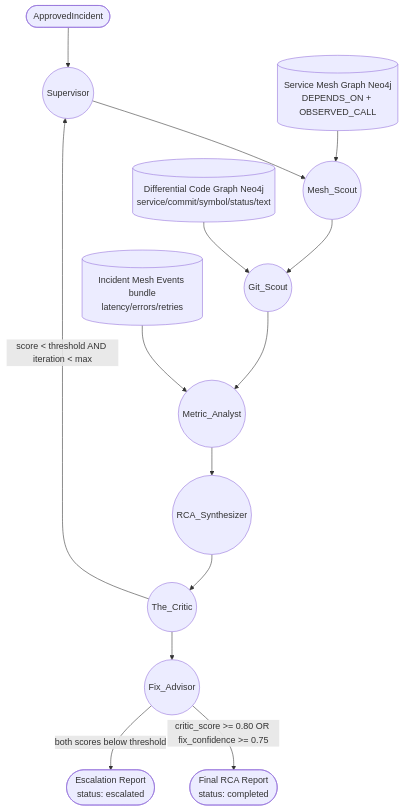
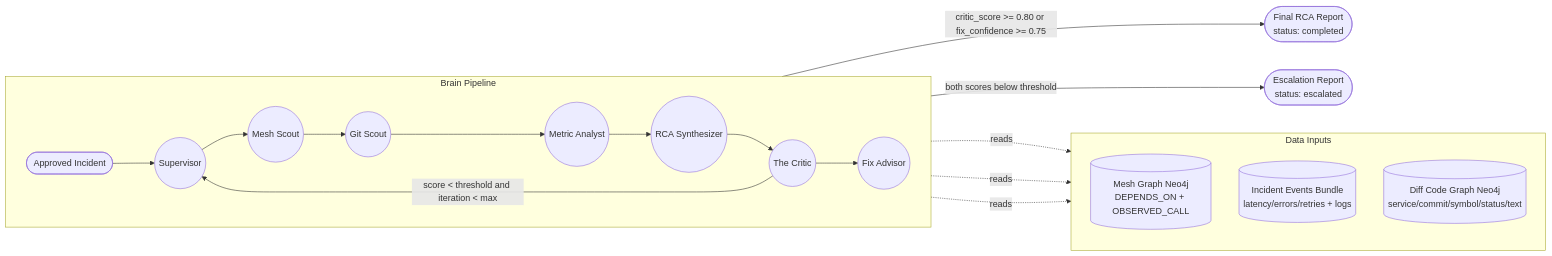
Before and after one commit to irinasmt/RootCauseAnalysisSystem: the diagram in docs/brain/BRAIN.md, drawn with Mermaid. The commit also changed other lines of this file and 8 other files, not shown here.

````diff
--- a/docs/brain/BRAIN.md
+++ b/docs/brain/BRAIN.md
@@ -36,19 +36,28 @@
 ```mermaid
-flowchart TD
-    I([ApprovedIncident]) --> S((Supervisor))
+flowchart LR
+  subgraph P[Brain Pipeline]
+    direction LR
+    I([Approved Incident]) --> S((Supervisor))
+    S --> X((Mesh Scout))
+    X --> G((Git Scout))
+    G --> M((Metric Analyst))
+    M --> Y((RCA Synthesizer))
+    Y --> C((The Critic))
+    C --> FA((Fix Advisor))
+  end
 
-  S --> X((Mesh_Scout))
-  X --> G((Git_Scout))
-  G --> M((Metric_Analyst))
-  M --> Y((RCA_Synthesizer))
-  Y --> C((The_Critic))
-  C --> FA((Fix_Advisor))
+  subgraph D[Data Inputs]
+    direction TB
+    MG[(Mesh Graph Neo4j<br/>DEPENDS_ON + OBSERVED_CALL)]
+    ME[(Incident Events Bundle<br/>latency/errors/retries + logs)]
+    CG[(Diff Code Graph Neo4j<br/>service/commit/symbol/status/text)]
+  end
 
-  MG[(Service Mesh Graph Neo4j\nDEPENDS_ON + OBSERVED_CALL)] --> X
-  ME[(Incident Mesh Events bundle\nlatency/errors/retries)] --> M
-  CG[(Differential Code Graph Neo4j\nservice/commit/symbol/status/text)] --> G
+  X -. reads .-> MG
+  M -. reads .-> ME
+  G -. reads .-> CG
 
-  C -->|score < threshold AND iteration < max| S
-  FA -->|critic_score >= 0.80 OR fix_confidence >= 0.75| F([Final RCA Report\nstatus: completed])
-  FA -->|both scores below threshold| E([Escalation Report\nstatus: escalated])
+  C -->|score < threshold and iteration < max| S
+  FA -->|critic_score >= 0.80 or fix_confidence >= 0.75| F([Final RCA Report<br/>status: completed])
+  FA -->|both scores below threshold| E([Escalation Report<br/>status: escalated])
 ```
````
